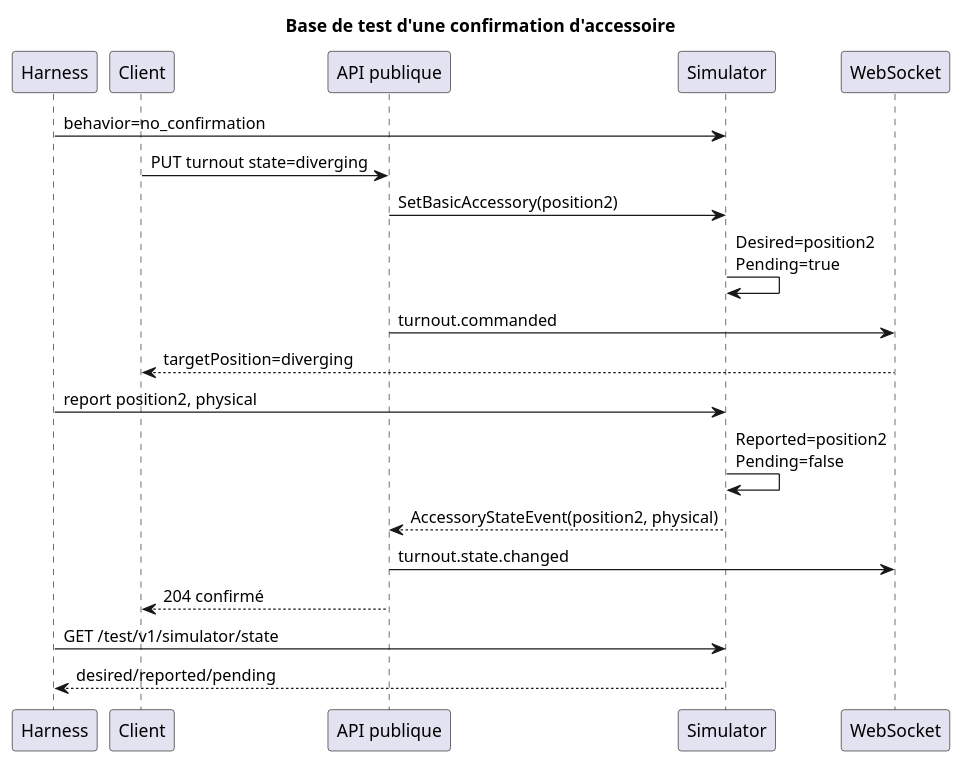
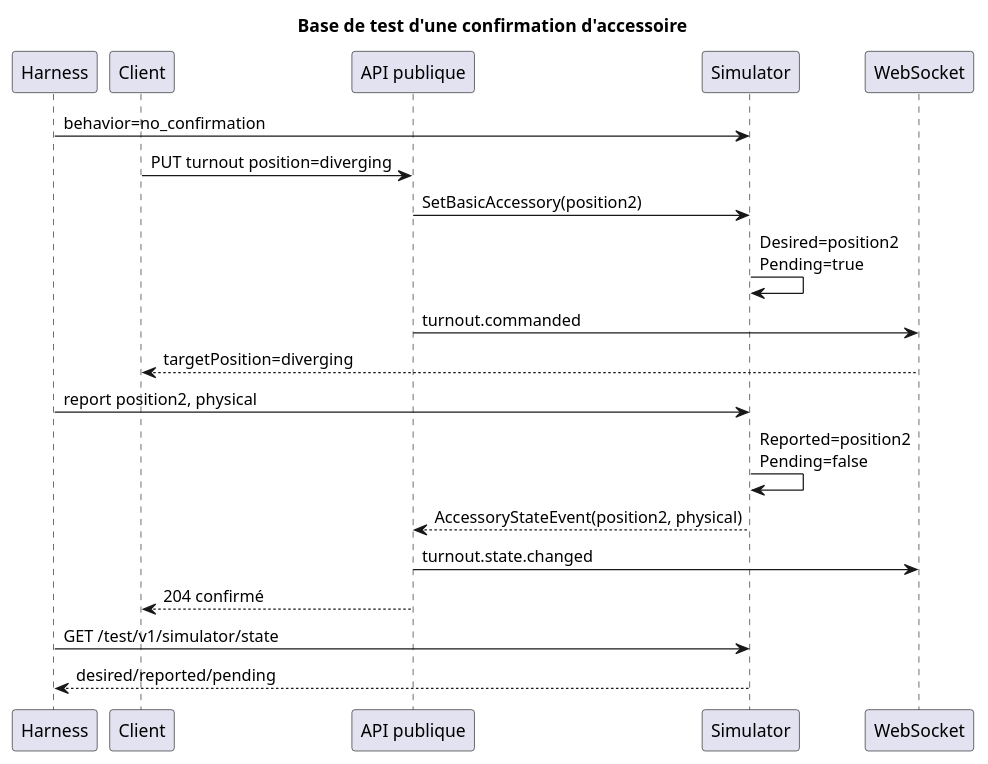
The seventh of 10 diagrams in docs/CLIENT_SIMULATOR_GUIDE.md (agm650/TrainPilot-server), drawn with PlantUML before and after one commit. The commit also changed other lines of this file and 25 other files, not shown here.

Commit message:
feat(api): expose composite turnout positions and state

````diff
--- a/docs/CLIENT_SIMULATOR_GUIDE.md
+++ b/docs/CLIENT_SIMULATOR_GUIDE.md
@@ -1008,26 +1008,26 @@
 ```plantuml
 @startuml
 title Base de test d'une confirmation d'accessoire
 
 participant Harness
 participant Client
 participant "API publique" as API
 participant Simulator
 participant WebSocket
 
 Harness -> Simulator : behavior=no_confirmation
-Client -> API : PUT turnout state=diverging
+Client -> API : PUT turnout position=diverging
 API -> Simulator : SetBasicAccessory(position2)
 Simulator -> Simulator : Desired=position2\nPending=true
 API -> WebSocket : turnout.commanded
 WebSocket --> Client : targetPosition=diverging
 Harness -> Simulator : report position2, physical
 Simulator -> Simulator : Reported=position2\nPending=false
 Simulator --> API : AccessoryStateEvent(position2, physical)
 API -> WebSocket : turnout.state.changed
 API --> Client : 204 confirmé
 Harness -> Simulator : GET /test/v1/simulator/state
 Simulator --> Harness : desired/reported/pending
 
 @enduml
 ```
````
